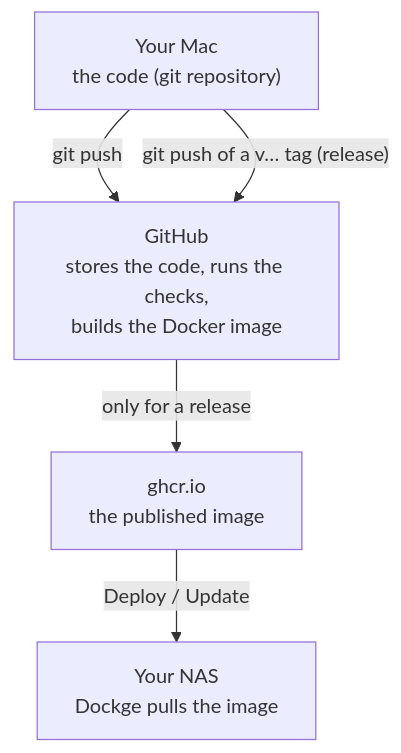
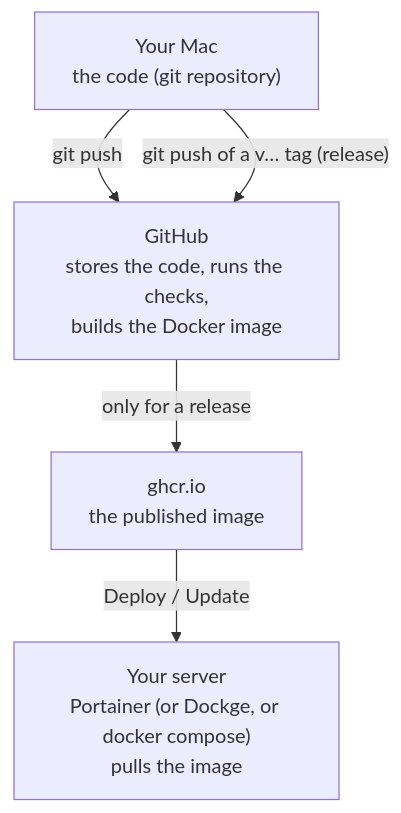
The diagram in docs/DEPLOY.md (vastmarks/biliardino), drawn with Mermaid before and after one commit. The commit also changed other lines of this file and 8 other files, not shown here.

First line of the commit message:
Docs: deployment guide for any compose tool (Portainer first), deploy/ folder, how-this-was-made note

````diff
--- a/docs/DEPLOY.md
+++ b/docs/DEPLOY.md
@@ -9,11 +9,11 @@
 ```mermaid
 flowchart TD
     mac["Your Mac<br/>the code (git repository)"]
     gh["GitHub<br/>stores the code, runs the checks,<br/>builds the Docker image"]
     ghcr["ghcr.io<br/>the published image"]
-    nas["Your NAS<br/>Dockge pulls the image"]
+    nas["Your server<br/>Portainer (or Dockge, or docker compose)<br/>pulls the image"]
     mac -- "git push" --> gh
     mac -- "git push of a v… tag (release)" --> gh
     gh -- "only for a release" --> ghcr
     ghcr -- "Deploy / Update" --> nas
 ```
````
